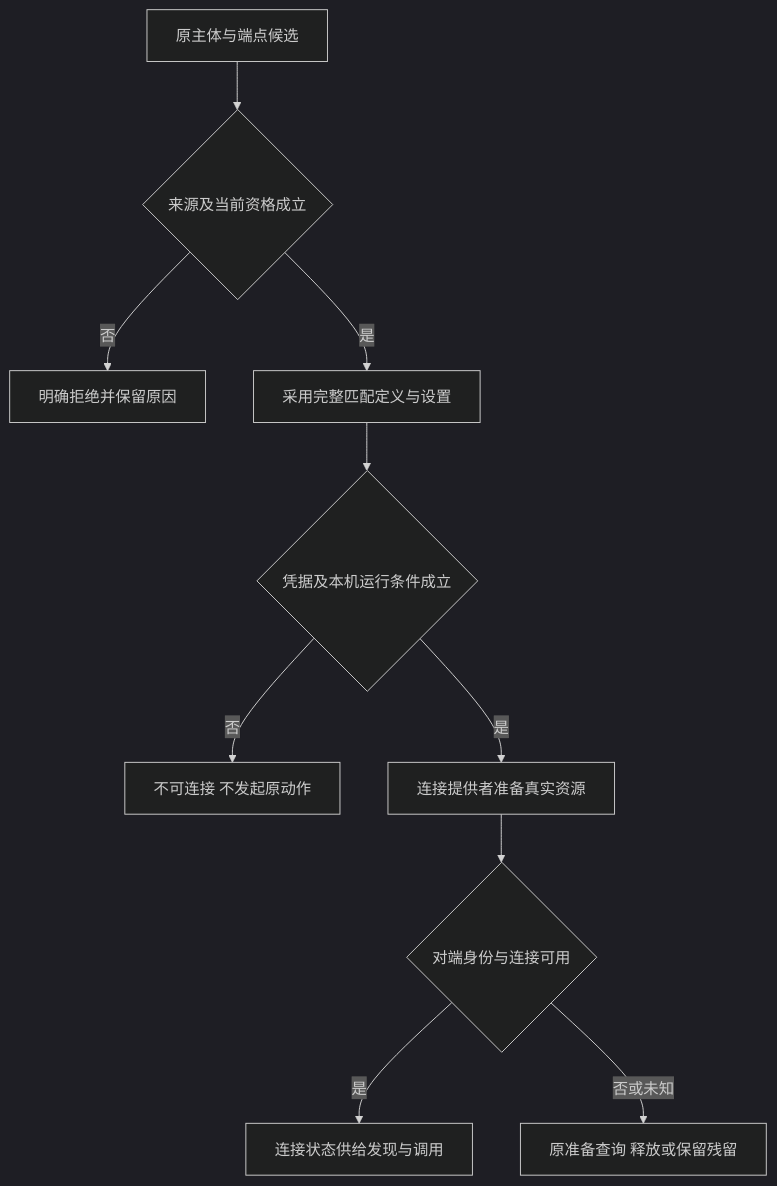
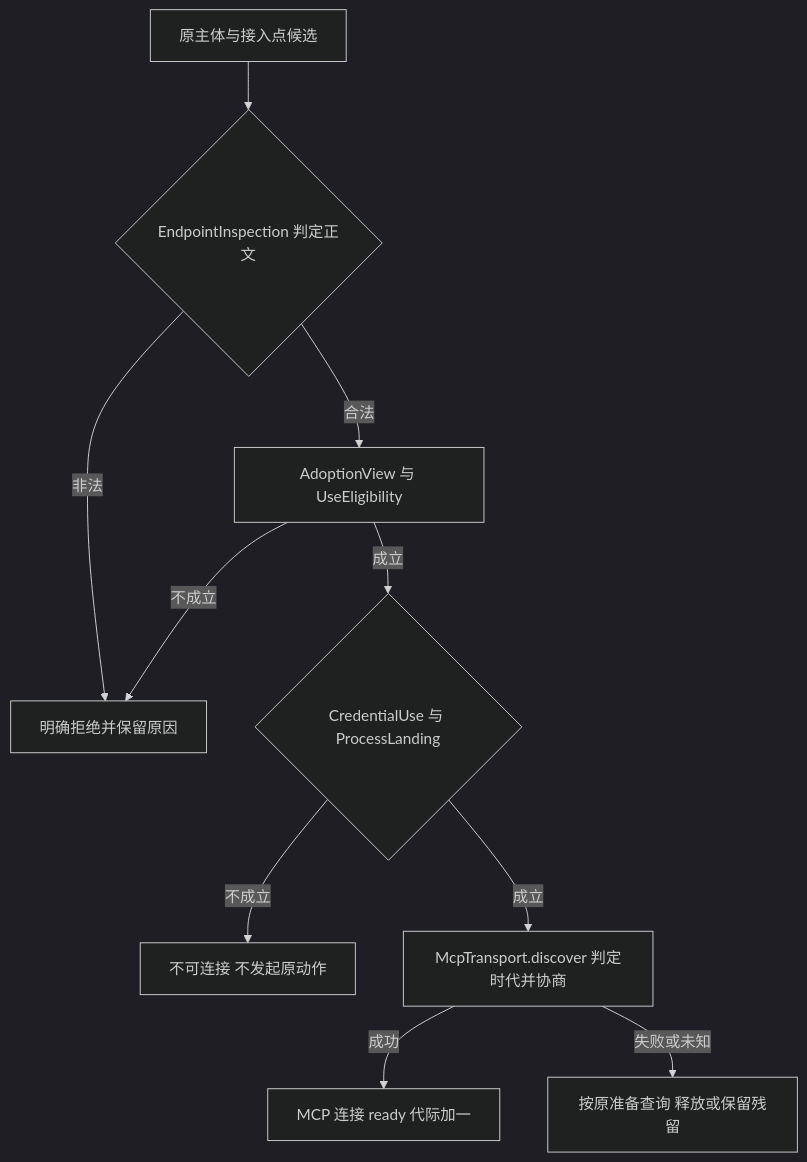
Before and after one commit to nemori-ai/omne-harness-lite: the first of 3 diagrams in packages/mcp/docs/key-flows.md, drawn with Mermaid (dark theme). The commit also changed other lines of this file and 5 other files, not shown here.

````diff
--- a/packages/mcp/docs/key-flows.md
+++ b/packages/mcp/docs/key-flows.md
@@ -9,12 +17,12 @@
 ```mermaid
 flowchart TD
-    A[原主体与端点候选] --> B{来源及当前资格成立}
-    B -->|否| R[明确拒绝并保留原因]
-    B -->|是| C[采用完整匹配定义与设置]
-    C --> D{凭据及本机运行条件成立}
-    D -->|否| U[不可连接 不发起原动作]
-    D -->|是| E[连接提供者准备真实资源]
-    E --> F{对端身份与连接可用}
-    F -->|是| G[连接状态供给发现与调用]
-    F -->|否或未知| H[原准备查询 释放或保留残留]
+    A[原主体与接入点候选] --> B{EndpointInspection 判定正文}
+    B -->|非法| R[明确拒绝并保留原因]
+    B -->|合法| C[AdoptionView 与 UseEligibility]
+    C -->|不成立| R
+    C -->|成立| D{CredentialUse 与 ProcessLanding}
+    D -->|不成立| U[不可连接 不发起原动作]
+    D -->|成立| E[McpTransport.discover 判定时代并协商]
+    E -->|成功| G[MCP 连接 ready 代际加一]
+    E -->|失败或未知| H[按原准备查询 释放或保留残留]
 ```
````
